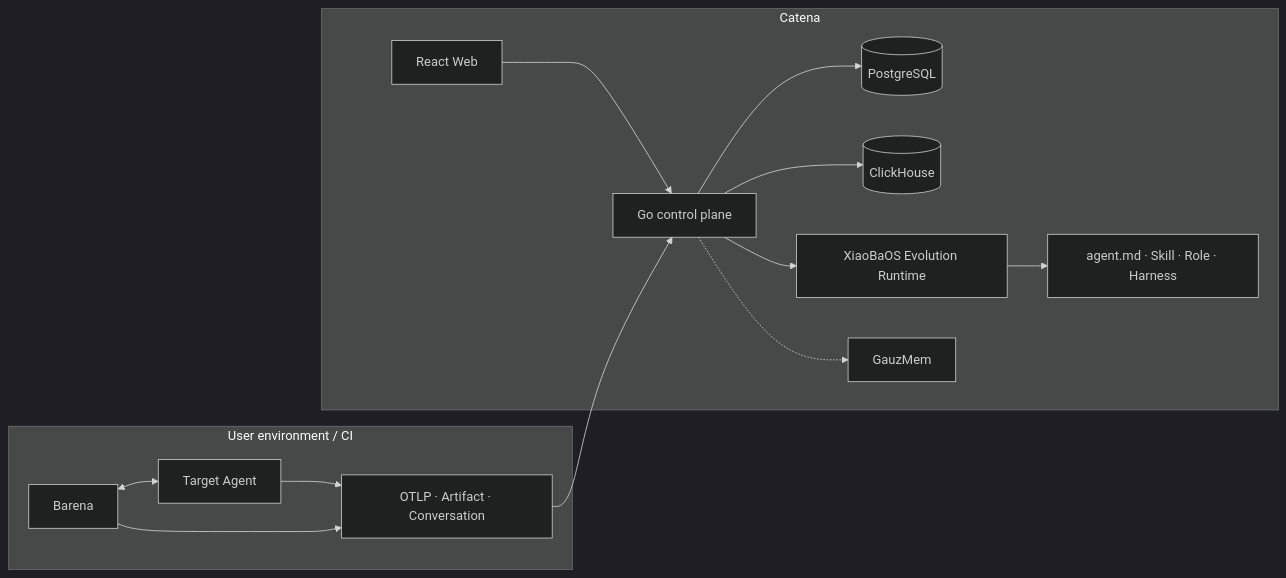
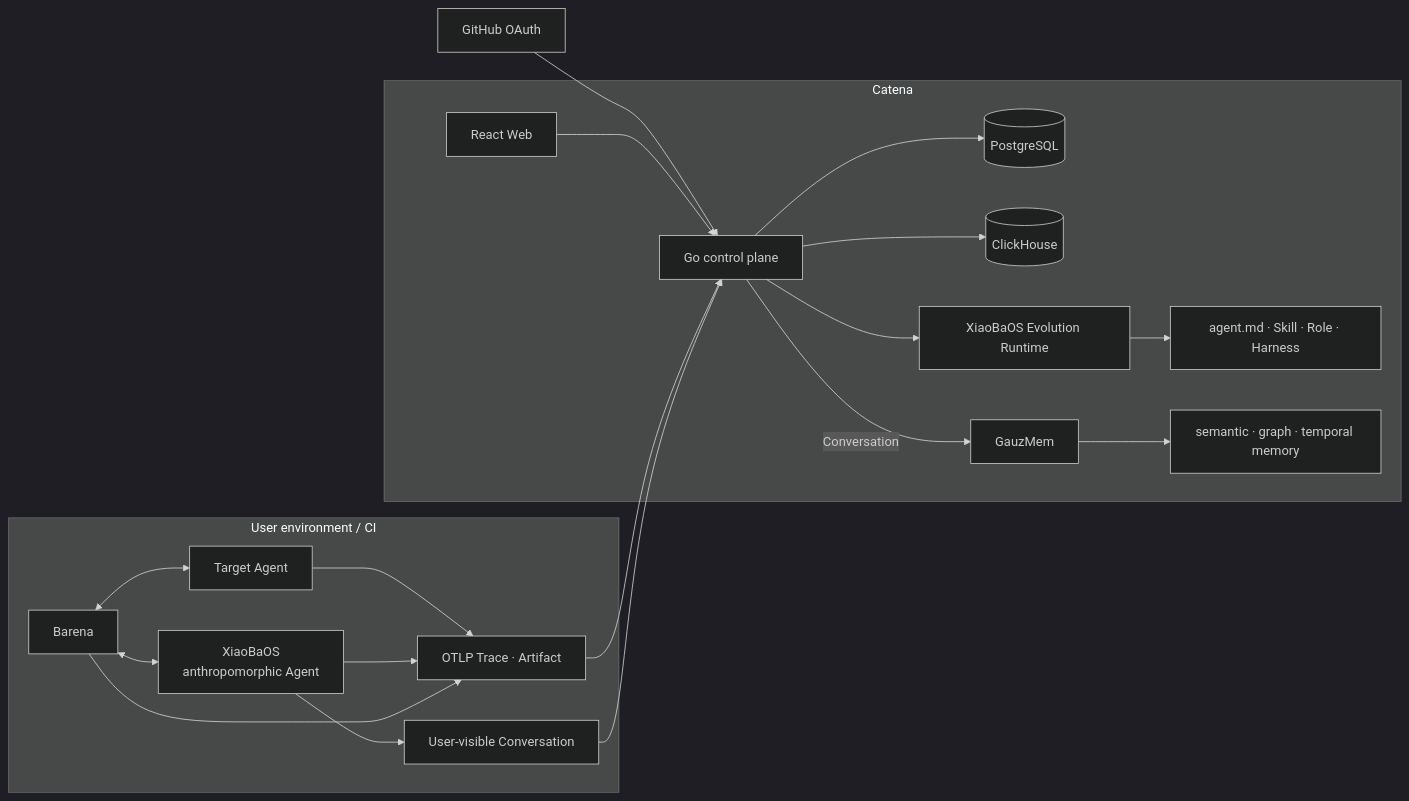
Before and after one commit to fightheyyy/CATENA: the diagram in docs/catena/architecture/README.md, drawn with Mermaid (dark theme). The commit also changed other lines of this file and 3 other files, not shown here.

Commit message:
Document GitHub and conversation memory paths

````diff
--- a/docs/catena/architecture/README.md
+++ b/docs/catena/architecture/README.md
@@ -5,22 +5,31 @@
 ```mermaid
 flowchart LR
+    GitHub["GitHub OAuth"] --> Core
+
     subgraph Edge["User environment / CI"]
         Agent["Target Agent"]
+        XiaoBa["XiaoBaOS<br/>anthropomorphic Agent"]
         Barena["Barena"]
-        Buffer["OTLP · Artifact · Conversation"]
+        Trace["OTLP Trace · Artifact"]
+        Conversation["User-visible Conversation"]
         Barena <--> Agent
-        Agent --> Buffer
-        Barena --> Buffer
+        Barena <--> XiaoBa
+        Agent --> Trace
+        XiaoBa --> Trace
+        XiaoBa --> Conversation
+        Barena --> Trace
     end
 
     subgraph Cloud["Catena"]
         Web["React Web"] --> Core["Go control plane"]
         Core --> PG[("PostgreSQL")]
         Core --> CH[("ClickHouse")]
         Core --> Runner["XiaoBaOS Evolution Runtime"]
         Runner --> Assets["agent.md · Skill · Role · Harness"]
-        Core -.-> Memory["GauzMem"]
+        Core -->|"Conversation"| GauzMem["GauzMem"]
+        GauzMem --> Memory["semantic · graph · temporal memory"]
     end
 
-    Buffer --> Core
+    Trace --> Core
+    Conversation --> Core
 ```
````
